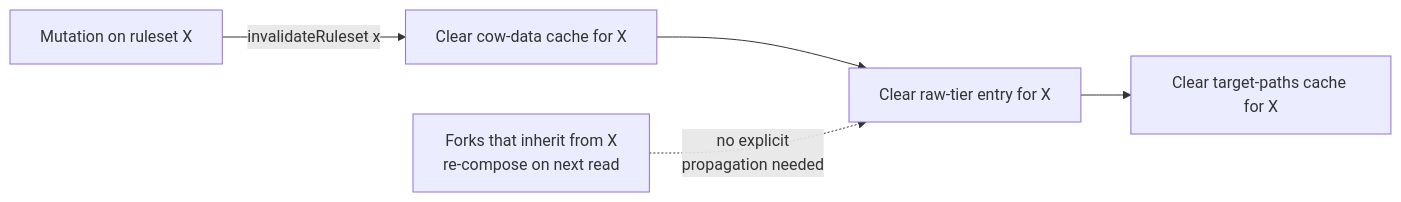
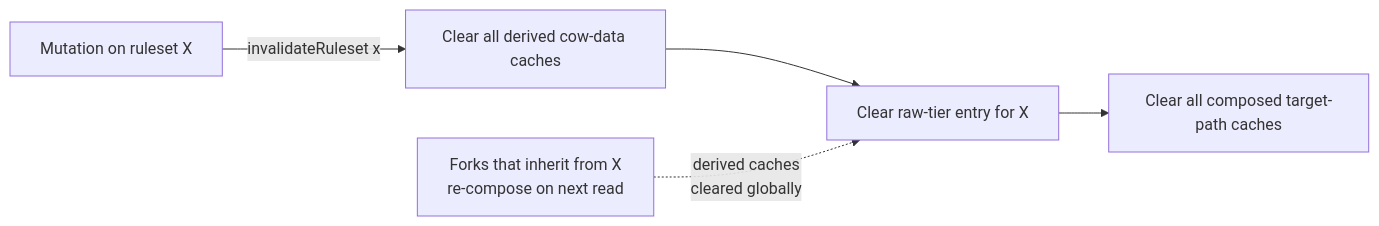
One commit to PhilippeChab/arkyvree changed the third of 7 diagrams in docs/caching.md. Above: the diagram before and after it, drawn with Mermaid. The commit also changed other lines of this file and 4 other files, not shown here.

Commit message:
Refresh inherited ruleset caches and worker PDF data

````diff
--- a/docs/caching.md
+++ b/docs/caching.md
@@ -216,7 +216,7 @@
 ```mermaid
 flowchart LR
-    Mut[Mutation on ruleset X] -->|invalidateRuleset x| IR[Clear cow-data cache for X]
+    Mut[Mutation on ruleset X] -->|invalidateRuleset x| IR[Clear all derived cow-data caches]
     IR --> CR[Clear raw-tier entry for X]
-    CR --> TP[Clear target-paths cache for X]
-    Note[Forks that inherit from X<br/>re-compose on next read] -.->|no explicit<br/>propagation needed| CR
+    CR --> TP[Clear all composed target-path caches]
+    Note[Forks that inherit from X<br/>re-compose on next read] -.->|derived caches<br/>cleared globally| CR
 ```
````
